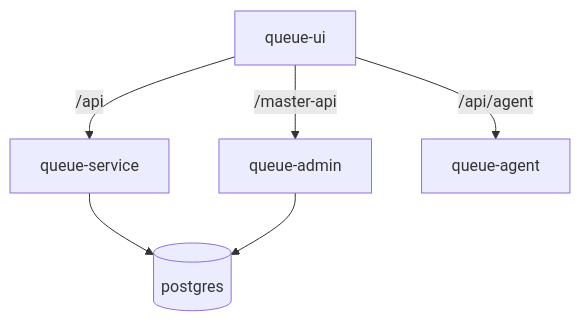
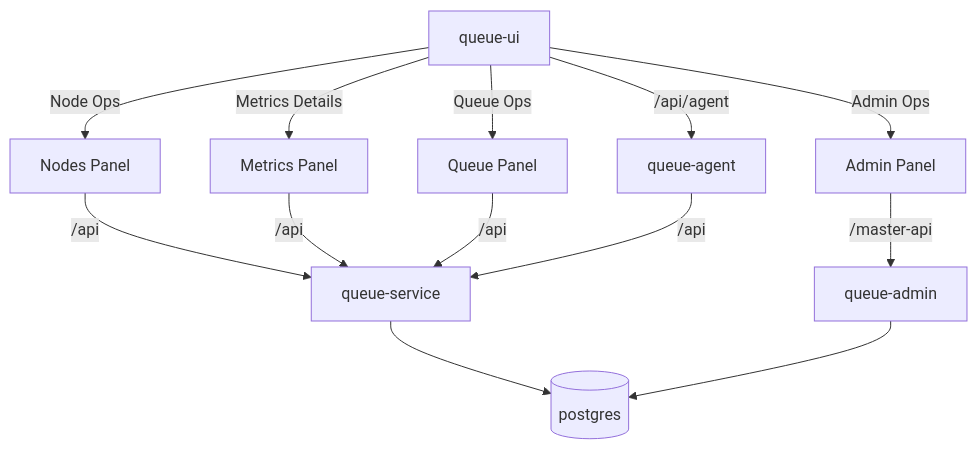
The diagram in README.md (gsmayya/QueueManager), drawn with Mermaid before and after one commit.

Commit message:
Update README.md with new mermaid diagram

````diff
--- a/README.md
+++ b/README.md
@@ -5,15 +5,26 @@
 ```mermaid
 graph TD;
   UI[queue-ui]
+  AP[Admin Panel]
+  NP[Nodes Panel]
+  QP[Queue Panel]
+  MP[Metrics Panel]
   QS[queue-service]
   QA[queue-admin]
   AG[queue-agent]
   DB[(postgres)]
 
-  UI -->|/api| QS
-  UI -->|/master-api| QA
+  UI -->|Admin Ops| AP
+  AP -->|/master-api| QA
+  UI -->|Node Ops| NP
+  NP -->|/api| QS
+  UI -->|Metrics Details| MP
+  MP -->|/api| QS
+  UI -->|Queue Ops| QP
+  QP -->|/api| QS 
   UI -->|/api/agent| AG
+  AG -->|/api| QS
 
   QS --> DB
   QA --> DB
 ```
````
